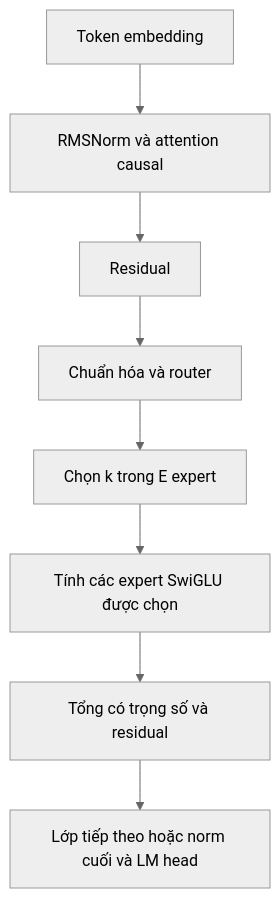
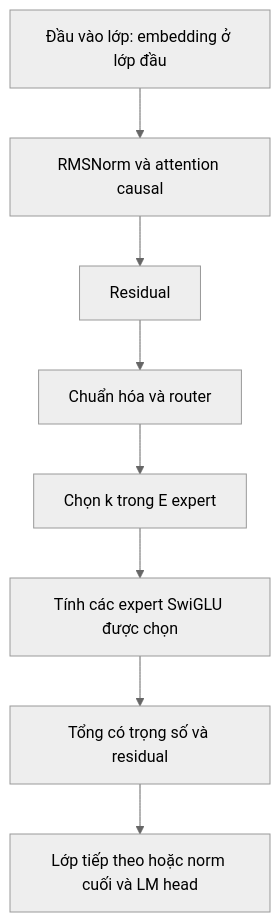
One commit to juanhuy/DoanTotNghiepMOE changed the first of 4 diagrams in baocao/BAO_CAO_DINH_KY_LAN_1.md. Above: the diagram before and after it, drawn with Mermaid (neutral theme). The commit also changed other lines of this file and 29 other files, not shown here.

````diff
--- a/baocao/BAO_CAO_DINH_KY_LAN_1.md
+++ b/baocao/BAO_CAO_DINH_KY_LAN_1.md
@@ -281,10 +307,10 @@
 ```mermaid
 flowchart TD
-    A[Token embedding] --> B[RMSNorm và attention causal]
+    A[Đầu vào lớp: embedding ở lớp đầu] --> B[RMSNorm và attention causal]
     B --> C[Residual]
     C --> D[Chuẩn hóa và router]
     D --> E[Chọn k trong E expert]
     E --> F[Tính các expert SwiGLU được chọn]
     F --> G[Tổng có trọng số và residual]
     G --> H[Lớp tiếp theo hoặc norm cuối và LM head]
 ```
````
